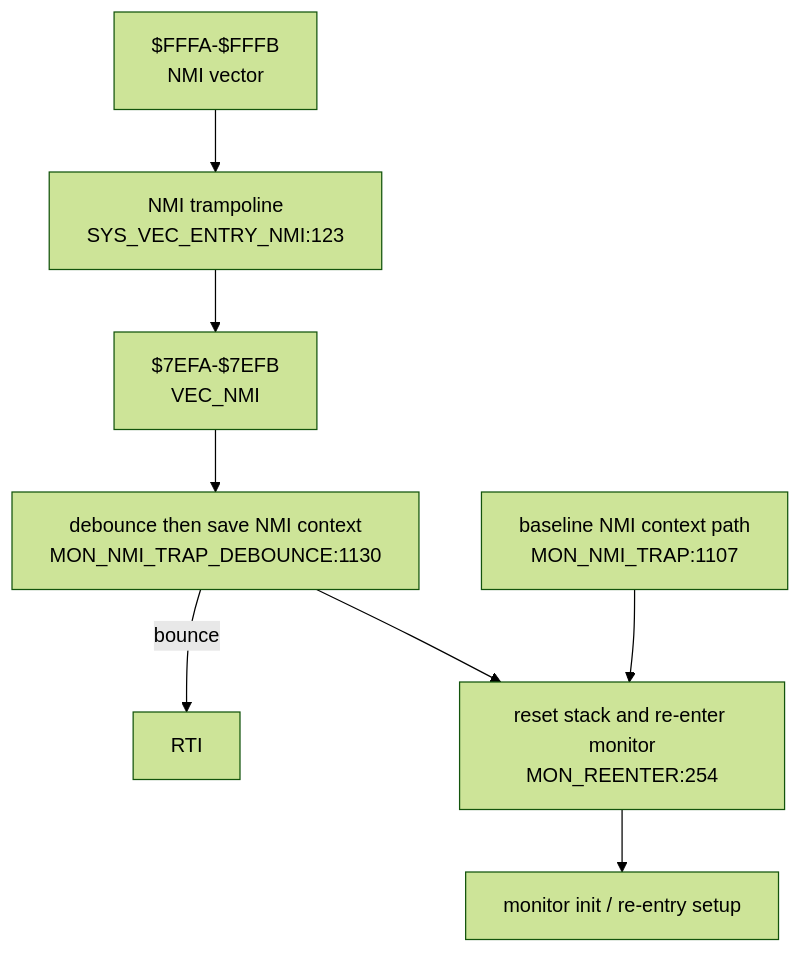
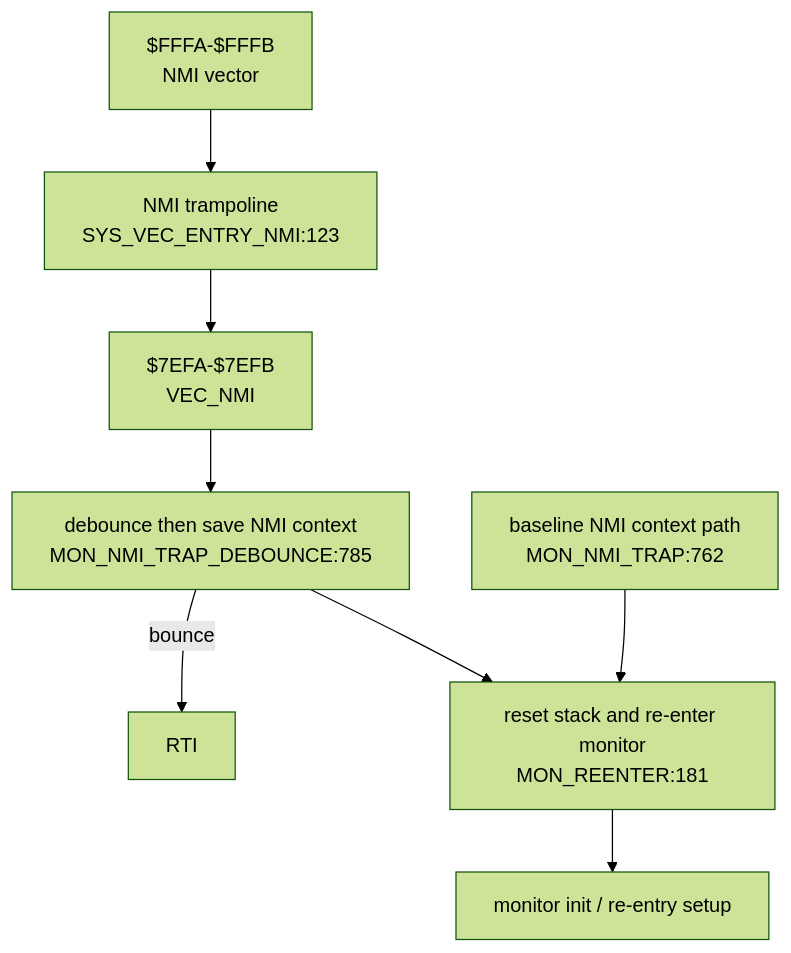
The fourth of 6 diagrams in DOC/GENERATED/INTERRUPT_VECTOR_MAP.md (95westus/R-YORS), drawn with Mermaid (forest theme) before and after one commit. The commit also changed other lines of this file and 243 other files, not shown here.

````diff
--- a/DOC/GENERATED/INTERRUPT_VECTOR_MAP.md
+++ b/DOC/GENERATED/INTERRUPT_VECTOR_MAP.md
@@ -62,10 +62,10 @@
 ```mermaid
 flowchart TD
     NMIV["$FFFA-$FFFB<br/>NMI vector"] --> NMIENTRY["NMI trampoline<br/>SYS_VEC_ENTRY_NMI:123"]
     NMIENTRY --> VECNMI["$7EFA-$7EFB<br/>VEC_NMI"]
-    VECNMI --> NMITRAP["debounce then save NMI context<br/>MON_NMI_TRAP_DEBOUNCE:1130"]
+    VECNMI --> NMITRAP["debounce then save NMI context<br/>MON_NMI_TRAP_DEBOUNCE:785"]
     NMITRAP -->|bounce| RTINMI["RTI"]
-    NMITRAP --> REENTER["reset stack and re-enter monitor<br/>MON_REENTER:254"]
-    NMIBASE["baseline NMI context path<br/>MON_NMI_TRAP:1107"] --> REENTER
+    NMITRAP --> REENTER["reset stack and re-enter monitor<br/>MON_REENTER:181"]
+    NMIBASE["baseline NMI context path<br/>MON_NMI_TRAP:762"] --> REENTER
     REENTER --> INIT["monitor init / re-entry setup"]
 ```
````
